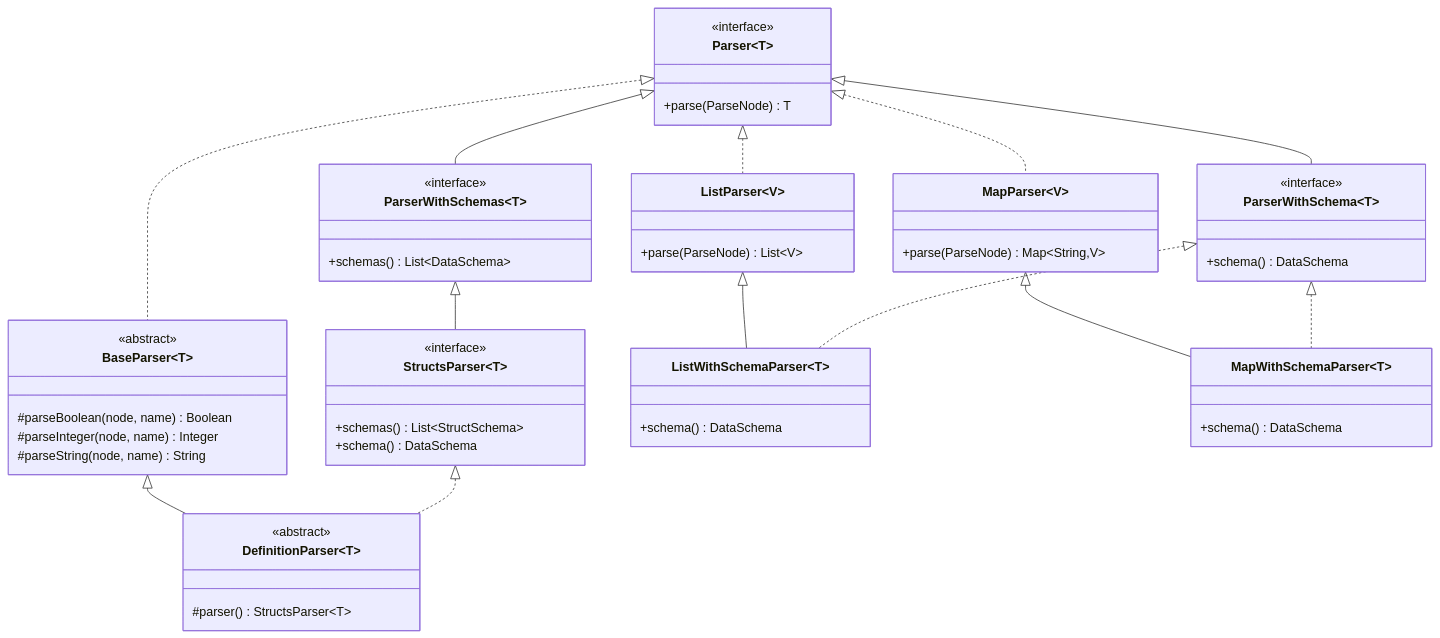
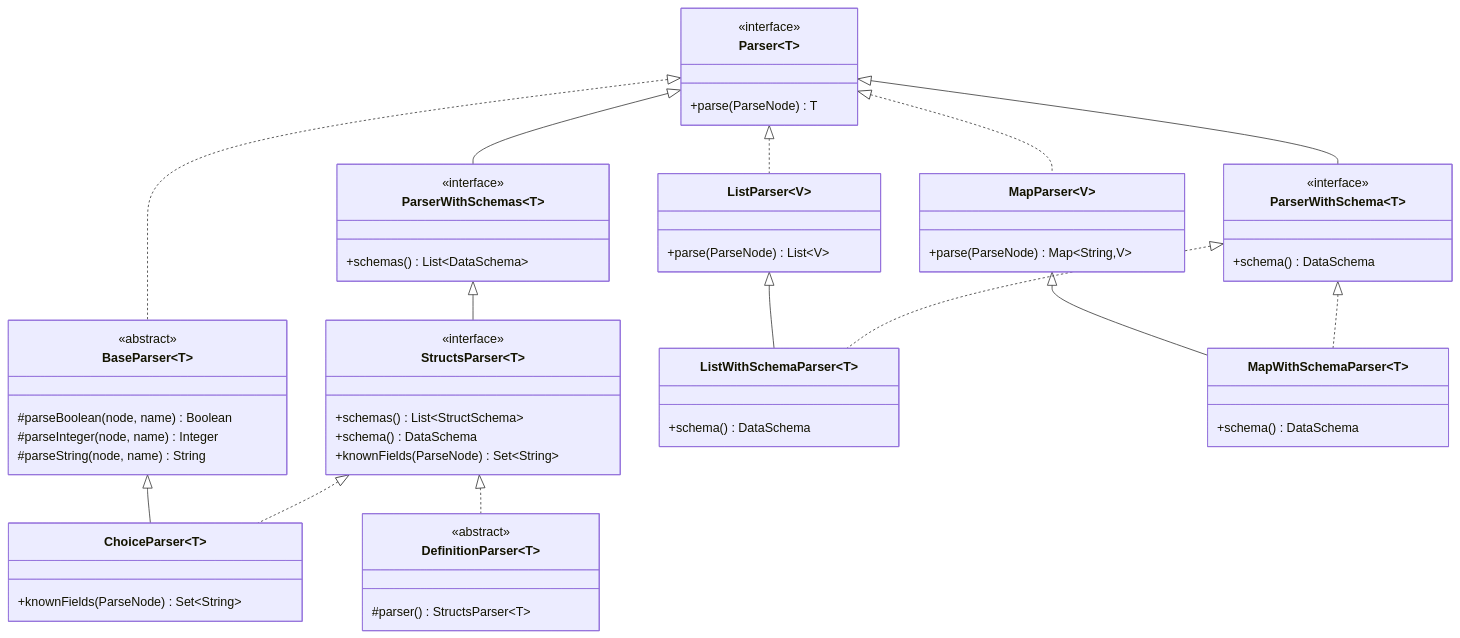
The third of 4 diagrams in developerdocs/parser-architecture.md (Axual/ksml), drawn with Mermaid before and after one commit. The commit also changed other lines of this file and 13 other files, not shown here.

````diff
--- a/developerdocs/parser-architecture.md
+++ b/developerdocs/parser-architecture.md
@@ -156,55 +289,60 @@
 ```mermaid
 classDiagram
     class Parser~T~ {
         <<interface>>
         +parse(ParseNode) T
     }
     class BaseParser~T~ {
         <<abstract>>
         #parseBoolean(node, name) Boolean
         #parseInteger(node, name) Integer
         #parseString(node, name) String
     }
     class ListParser~V~ {
         +parse(ParseNode) List~V~
     }
     class MapParser~V~ {
         +parse(ParseNode) Map~String,V~
     }
     class ParserWithSchema~T~ {
         <<interface>>
         +schema() DataSchema
     }
     class ParserWithSchemas~T~ {
         <<interface>>
         +schemas() List~DataSchema~
     }
     class StructsParser~T~ {
         <<interface>>
         +schemas() List~StructSchema~
         +schema() DataSchema
+        +knownFields(ParseNode) Set~String~
+    }
+    class ChoiceParser~T~ {
+        +knownFields(ParseNode) Set~String~
     }
     class ListWithSchemaParser~T~ {
         +schema() DataSchema
     }
     class MapWithSchemaParser~T~ {
         +schema() DataSchema
     }
     class DefinitionParser~T~ {
         <<abstract>>
         #parser() StructsParser~T~
     }
 
     Parser <|.. BaseParser
     Parser <|.. ListParser
     Parser <|.. MapParser
     Parser <|-- ParserWithSchema
     Parser <|-- ParserWithSchemas
     ParserWithSchemas <|-- StructsParser
     ListParser <|-- ListWithSchemaParser
     ParserWithSchema <|.. ListWithSchemaParser
     MapParser <|-- MapWithSchemaParser
     ParserWithSchema <|.. MapWithSchemaParser
-    BaseParser <|-- DefinitionParser
     StructsParser <|.. DefinitionParser
+    BaseParser <|-- ChoiceParser
+    StructsParser <|.. ChoiceParser
 ```
````
